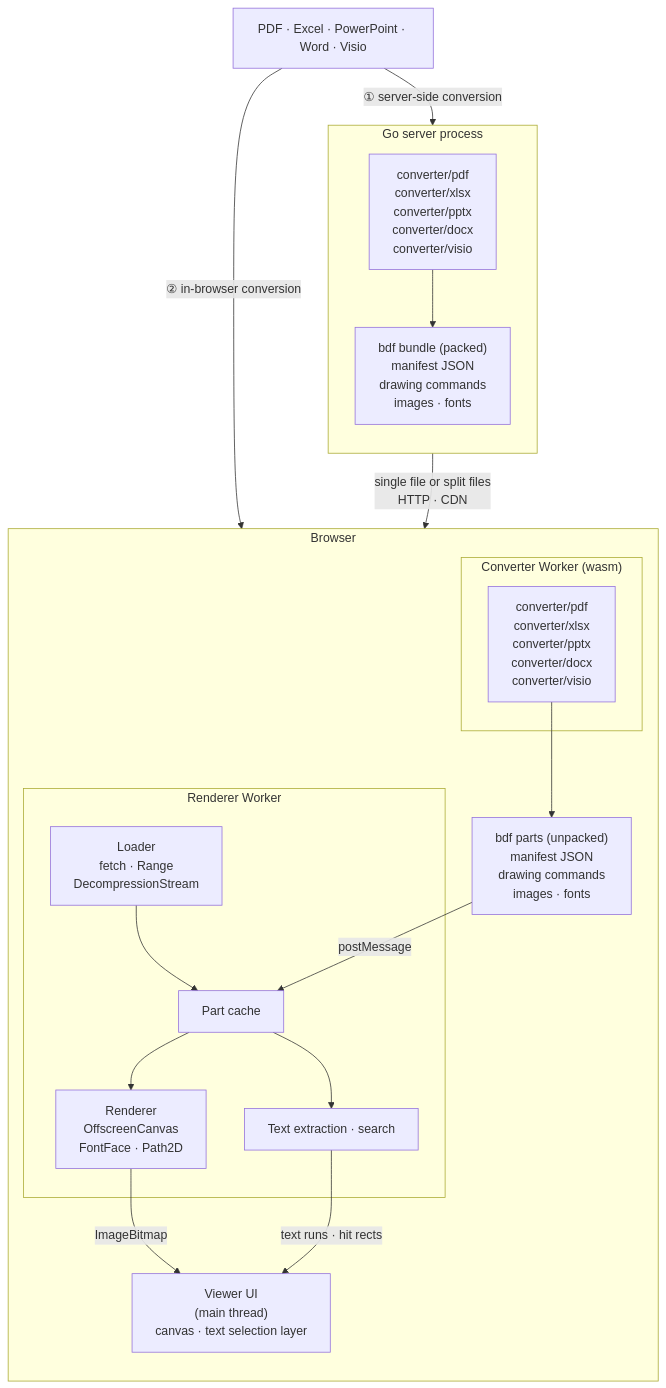
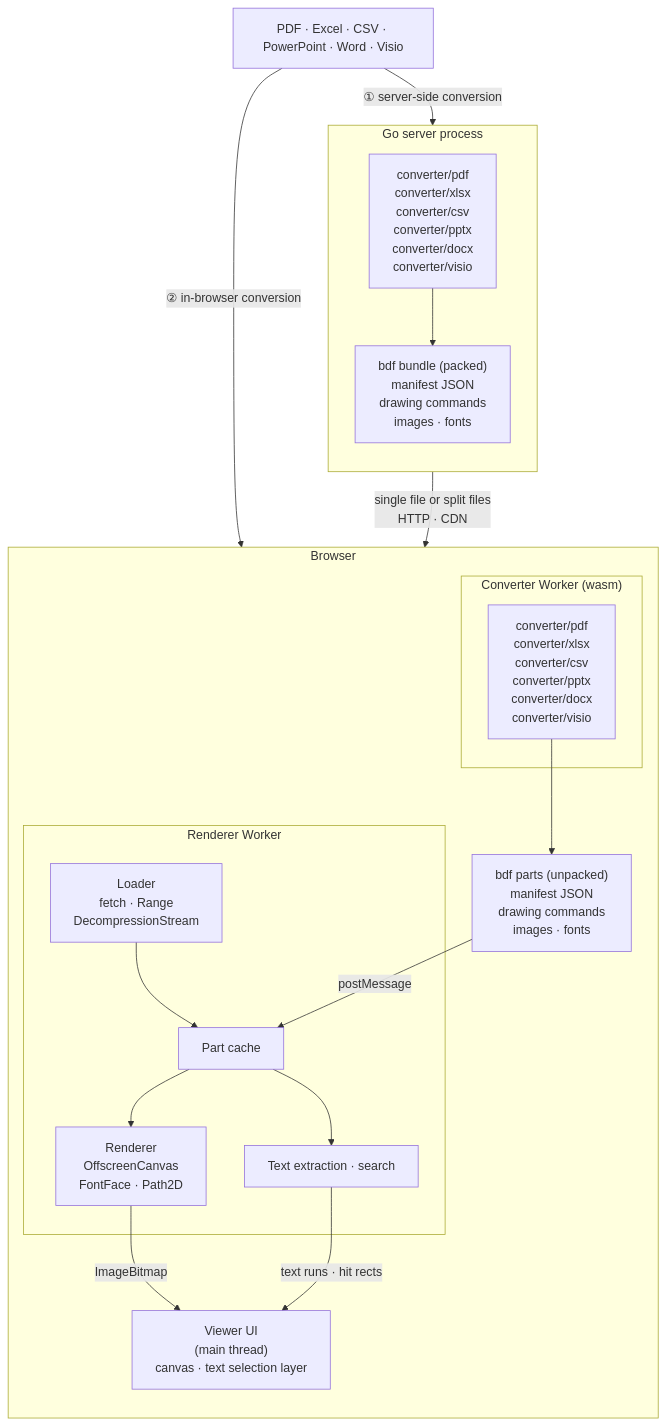
The diagram in README.md (shibukawa/bdf), drawn with Mermaid before and after one commit. The commit also changed other lines of this file and 35 other files, not shown here.

First line of the commit message:
Add CSV/TSV converter to BDF: encoding, dialect and header row detection; drawn by the Excel converter (#13)

````diff
--- a/README.md
+++ b/README.md
@@ -11,37 +11,37 @@
 ```mermaid
 flowchart TB
-    SRC["PDF · Excel · PowerPoint · Word · Visio"]
+    SRC["PDF · Excel · CSV · PowerPoint · Word · Visio"]
 
     subgraph SERVER["Go server process"]
         direction TB
-        SCONV["converter/pdf<br/>converter/xlsx<br/>converter/pptx<br/>converter/docx<br/>converter/visio"]
+        SCONV["converter/pdf<br/>converter/xlsx<br/>converter/csv<br/>converter/pptx<br/>converter/docx<br/>converter/visio"]
         BUNDLE["bdf bundle (packed)<br/>manifest JSON<br/>drawing commands<br/>images · fonts"]
         SCONV --> BUNDLE
     end
 
     subgraph BROWSER["Browser"]
         direction TB
         subgraph CWORKER["Converter Worker (wasm)"]
-            WCONV["converter/pdf<br/>converter/xlsx<br/>converter/pptx<br/>converter/docx<br/>converter/visio"]
+            WCONV["converter/pdf<br/>converter/xlsx<br/>converter/csv<br/>converter/pptx<br/>converter/docx<br/>converter/visio"]
         end
         PARTS["bdf parts (unpacked)<br/>manifest JSON<br/>drawing commands<br/>images · fonts"]
         subgraph RWORKER["Renderer Worker"]
             LOADER["Loader<br/>fetch · Range<br/>DecompressionStream"]
             STORE["Part cache"]
             RENDER["Renderer<br/>OffscreenCanvas<br/>FontFace · Path2D"]
             TEXT["Text extraction · search"]
             LOADER --> STORE
             STORE --> RENDER
             STORE --> TEXT
         end
         UI["Viewer UI<br/>(main thread)<br/>canvas · text selection layer"]
         WCONV --> PARTS
     end
 
     SRC -- "① server-side conversion" --> SCONV
     SRC -- "② in-browser conversion" --> WCONV
     BUNDLE -- "single file or split files<br/>HTTP · CDN" --> LOADER
     PARTS -- "postMessage" --> STORE
     RENDER -- "ImageBitmap" --> UI
     TEXT -- "text runs · hit rects" --> UI
 ```
````
